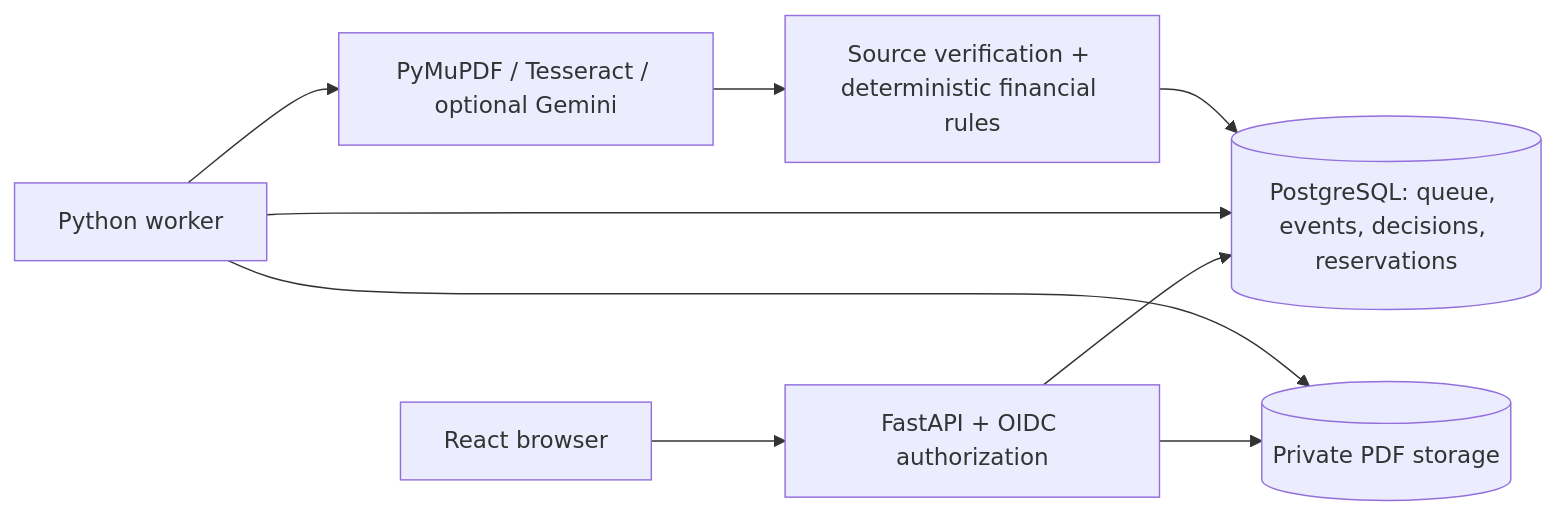
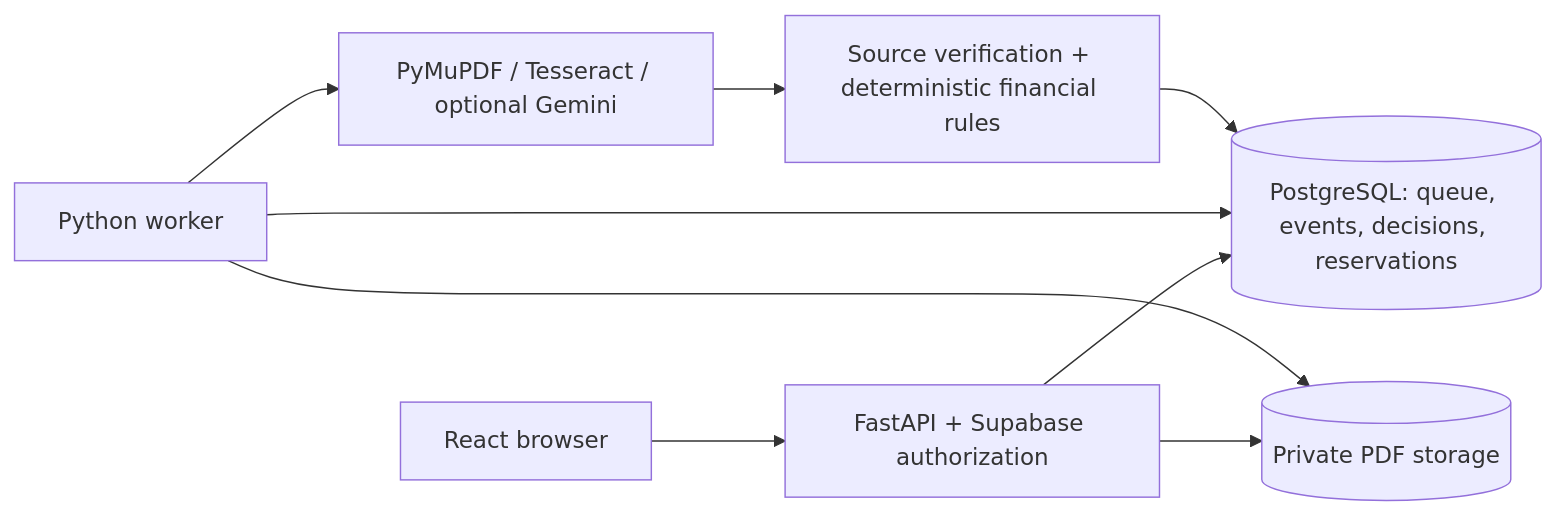
The diagram in README.md (Deepakreddy1510/invoiceguard-ai), drawn with Mermaid before and after one commit. The commit also changed other lines of this file and 25 other files, not shown here.

````diff
--- a/README.md
+++ b/README.md
@@ -33,11 +33,11 @@
 ```mermaid
 flowchart LR
-  UI[React browser] --> API[FastAPI + OIDC authorization]
+  UI[React browser] --> API[FastAPI + Supabase authorization]
   API --> PG[(PostgreSQL: queue, events, decisions, reservations)]
   API --> S3[(Private PDF storage)]
   W[Python worker] --> PG
   W --> S3
   W --> X[PyMuPDF / Tesseract / optional Gemini]
   X --> V[Source verification + deterministic financial rules]
   V --> PG
 ```
````
